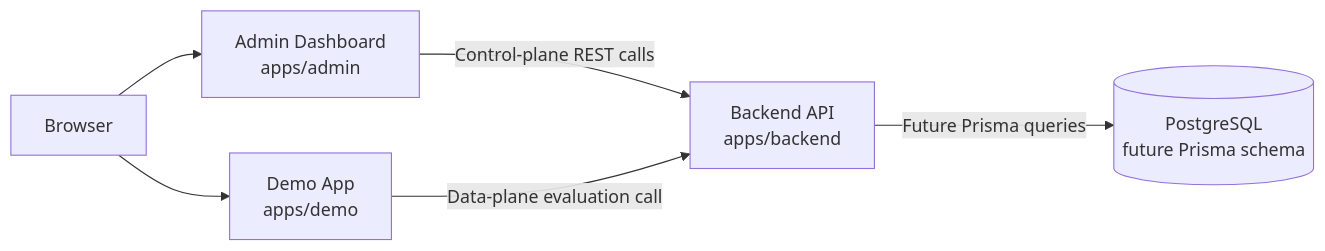
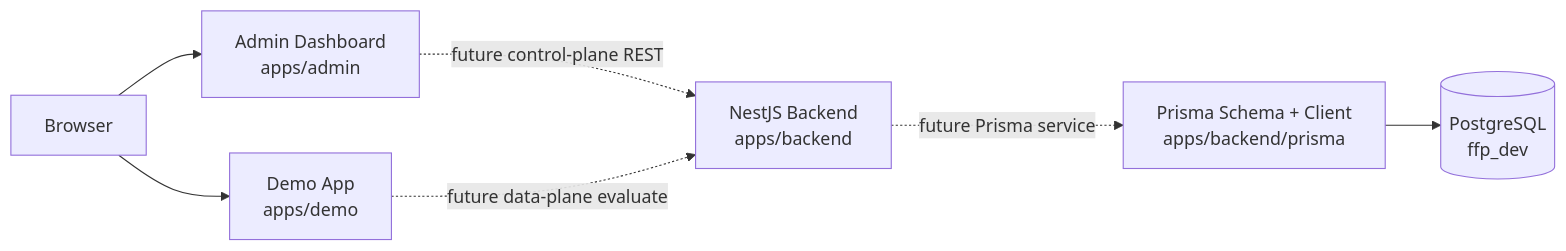
The first of 5 diagrams in docs/learning/codebase-map.md (fabyanbui/feature-flag-platform), drawn with Mermaid before and after one commit. The commit also changed other lines of this file, not shown here.

````diff
--- a/docs/learning/codebase-map.md
+++ b/docs/learning/codebase-map.md
@@ -33,14 +53,16 @@
 ```mermaid
 graph LR
   Browser[Browser]
   Admin[Admin Dashboard<br/>apps/admin]
   Demo[Demo App<br/>apps/demo]
-  Backend[Backend API<br/>apps/backend]
-  DB[(PostgreSQL<br/>future Prisma schema)]
+  Backend[NestJS Backend<br/>apps/backend]
+  Prisma[Prisma Schema + Client<br/>apps/backend/prisma]
+  DB[(PostgreSQL<br/>ffp_dev)]
 
   Browser --> Admin
   Browser --> Demo
-  Admin -->|Control-plane REST calls| Backend
-  Demo -->|Data-plane evaluation call| Backend
-  Backend -->|Future Prisma queries| DB
+  Admin -. future control-plane REST .-> Backend
+  Demo -. future data-plane evaluate .-> Backend
+  Backend -. future Prisma service .-> Prisma
+  Prisma --> DB
 ```
````
